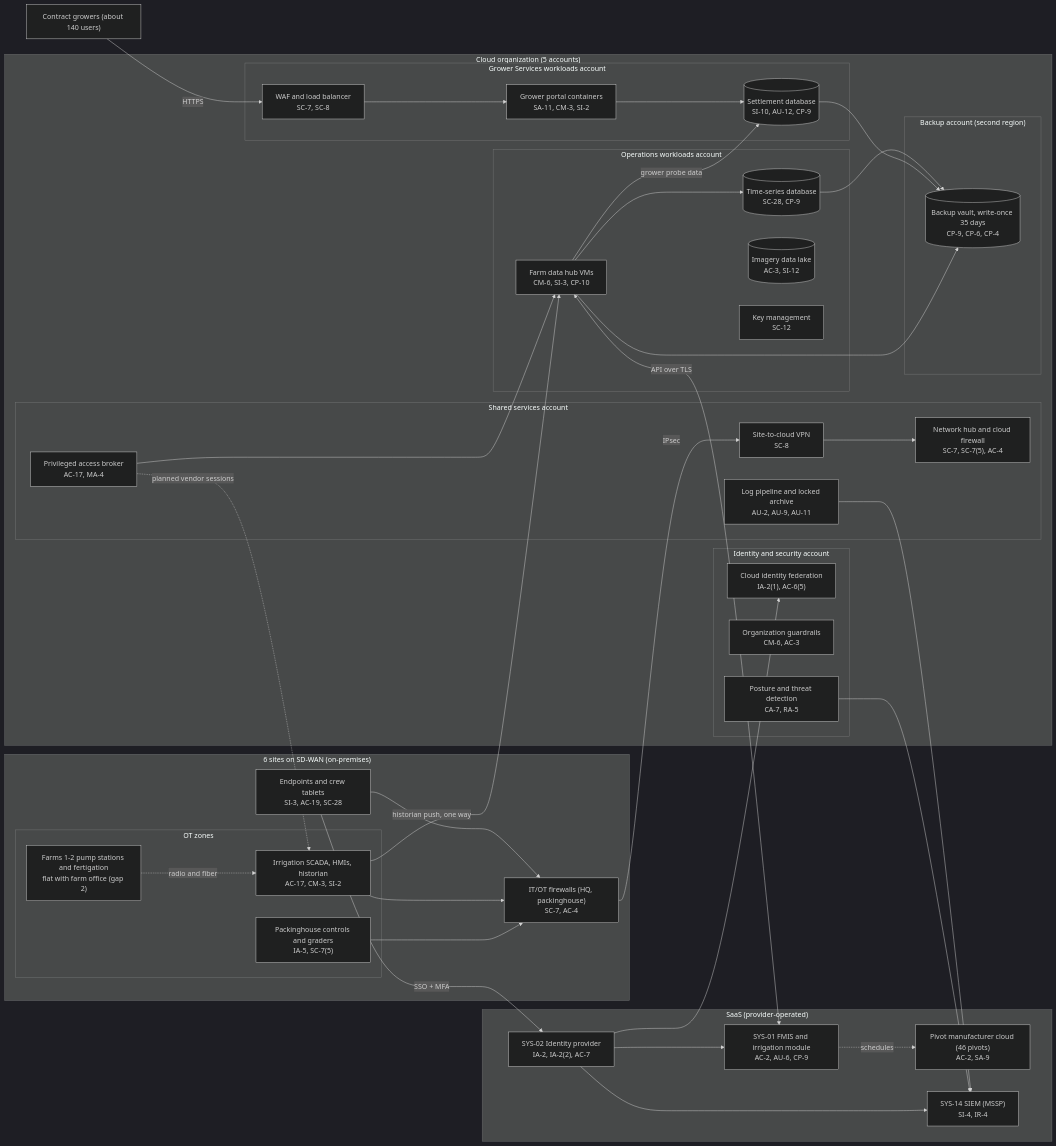
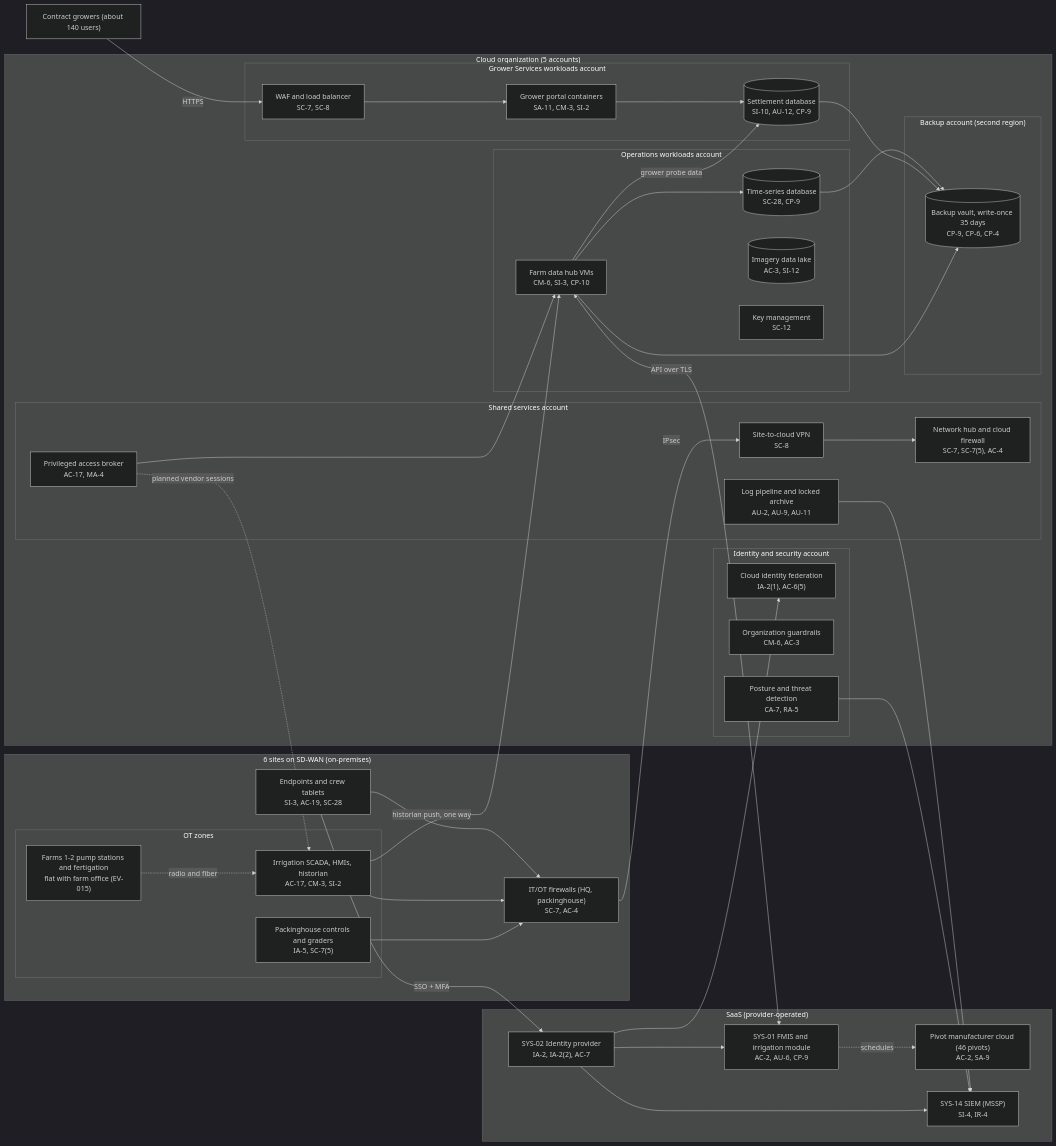
Before and after one commit to saint1415/GRC_Projects: the diagram in 03_company-samples/agriculture/size-4_mid-market_crop-farm/step-03_P04_cloud-control-mapping/cloud-architecture.md, drawn with Mermaid (dark theme). The commit also changed other lines of this file and 155 other files, not shown here.

````diff
--- a/03_company-samples/agriculture/size-4_mid-market_crop-farm/step-03_P04_cloud-control-mapping/cloud-architecture.md
+++ b/03_company-samples/agriculture/size-4_mid-market_crop-farm/step-03_P04_cloud-control-mapping/cloud-architecture.md
@@ -9,70 +9,70 @@
 ```mermaid
 flowchart LR
   subgraph Sites["6 sites on SD-WAN (on-premises)"]
     EP["Endpoints and crew tablets<br/>SI-3, AC-19, SC-28"]
     ITFW["IT/OT firewalls (HQ, packinghouse)<br/>SC-7, AC-4"]
     subgraph OT["OT zones"]
       SCADA["Irrigation SCADA, HMIs, historian<br/>AC-17, CM-3, SI-2"]
-      PUMP["Farms 1-2 pump stations and fertigation<br/>flat with farm office (gap 2)"]
+      PUMP["Farms 1-2 pump stations and fertigation<br/>flat with farm office (EV-015)"]
       PH["Packinghouse controls and graders<br/>IA-5, SC-7(5)"]
     end
   end
   subgraph SaaS["SaaS (provider-operated)"]
     IDP["SYS-02 Identity provider<br/>IA-2, IA-2(2), AC-7"]
     FMIS["SYS-01 FMIS and irrigation module<br/>AC-2, AU-6, CP-9"]
     PIV["Pivot manufacturer cloud (46 pivots)<br/>AC-2, SA-9"]
     SIEM["SYS-14 SIEM (MSSP)<br/>SI-4, IR-4"]
   end
   subgraph Org["Cloud organization (5 accounts)"]
     subgraph IdA["Identity and security account"]
       FED["Cloud identity federation<br/>IA-2(1), AC-6(5)"]
       GR["Organization guardrails<br/>CM-6, AC-3"]
       POST["Posture and threat detection<br/>CA-7, RA-5"]
     end
     subgraph SSA["Shared services account"]
       HUB["Network hub and cloud firewall<br/>SC-7, SC-7(5), AC-4"]
       VPN["Site-to-cloud VPN<br/>SC-8"]
       PAB["Privileged access broker<br/>AC-17, MA-4"]
       LOG["Log pipeline and locked archive<br/>AU-2, AU-9, AU-11"]
     end
     subgraph OPS["Operations workloads account"]
       HUBVM["Farm data hub VMs<br/>CM-6, SI-3, CP-10"]
       TSDB[("Time-series database<br/>SC-28, CP-9")]
       IMG[("Imagery data lake<br/>AC-3, SI-12")]
       KMS["Key management<br/>SC-12"]
     end
     subgraph GSA["Grower Services workloads account"]
       WAF["WAF and load balancer<br/>SC-7, SC-8"]
       APP["Grower portal containers<br/>SA-11, CM-3, SI-2"]
       SDB[("Settlement database<br/>SI-10, AU-12, CP-9")]
     end
     subgraph BKA["Backup account (second region)"]
       BK[("Backup vault, write-once 35 days<br/>CP-9, CP-6, CP-4")]
     end
   end
   EP --> ITFW
   SCADA --> ITFW
   PH --> ITFW
   PUMP -. radio and fiber .-> SCADA
   EP -->|SSO + MFA| IDP
   IDP --> FMIS
   IDP --> FED
   ITFW -->|IPsec| VPN
   VPN --> HUB
   SCADA -->|historian push, one way| HUBVM
   HUBVM <-->|API over TLS| FMIS
   HUBVM --> TSDB
   HUBVM -->|grower probe data| SDB
   FMIS -. schedules .-> PIV
   GROWERS["Contract growers (about 140 users)"] -->|HTTPS| WAF
   WAF --> APP
   APP --> SDB
   PAB --> HUBVM
   PAB -. planned vendor sessions .-> SCADA
   TSDB --> BK
   SDB --> BK
   HUBVM --> BK
   LOG --> SIEM
   IDP --> SIEM
   POST --> SIEM
 ```
````
